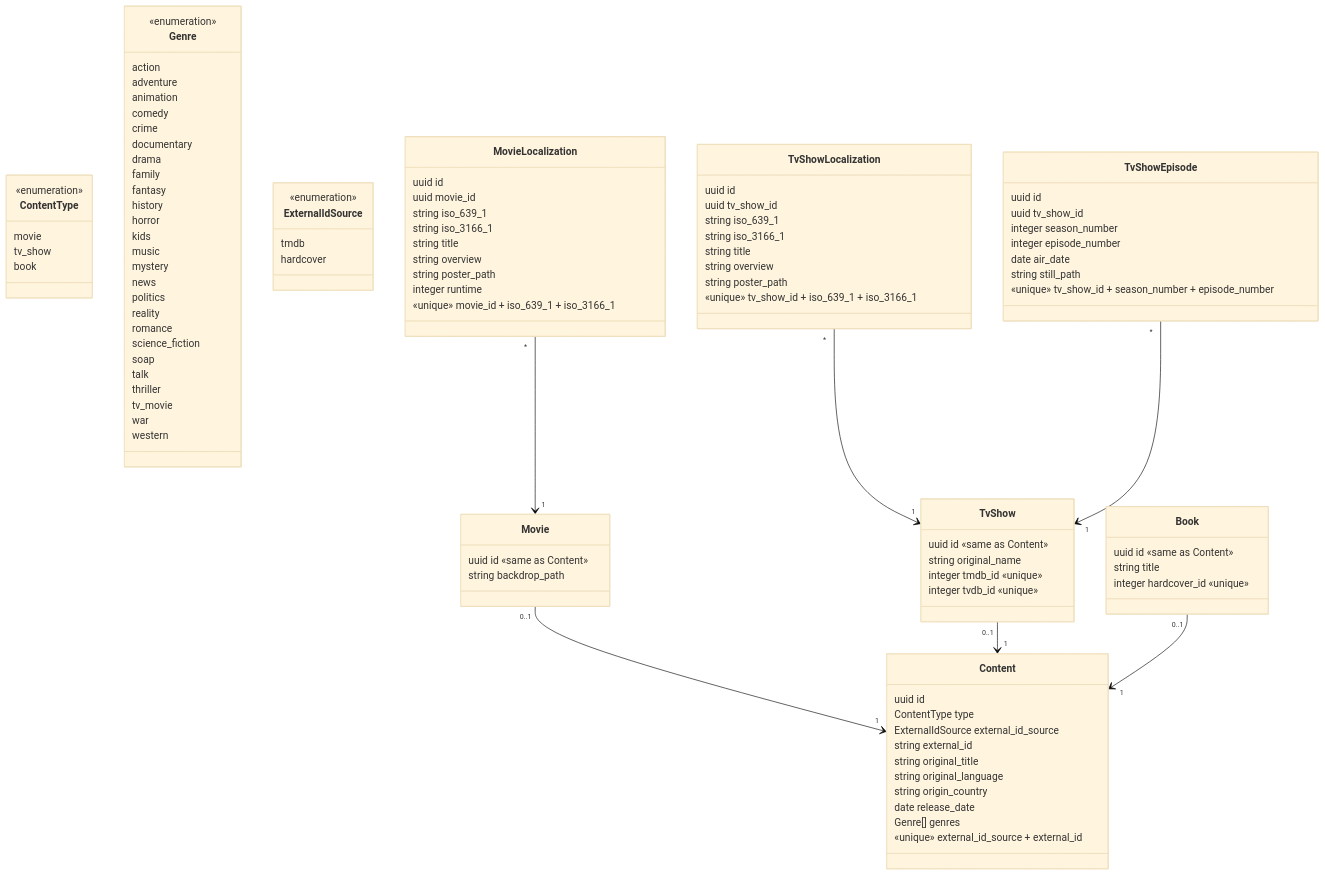
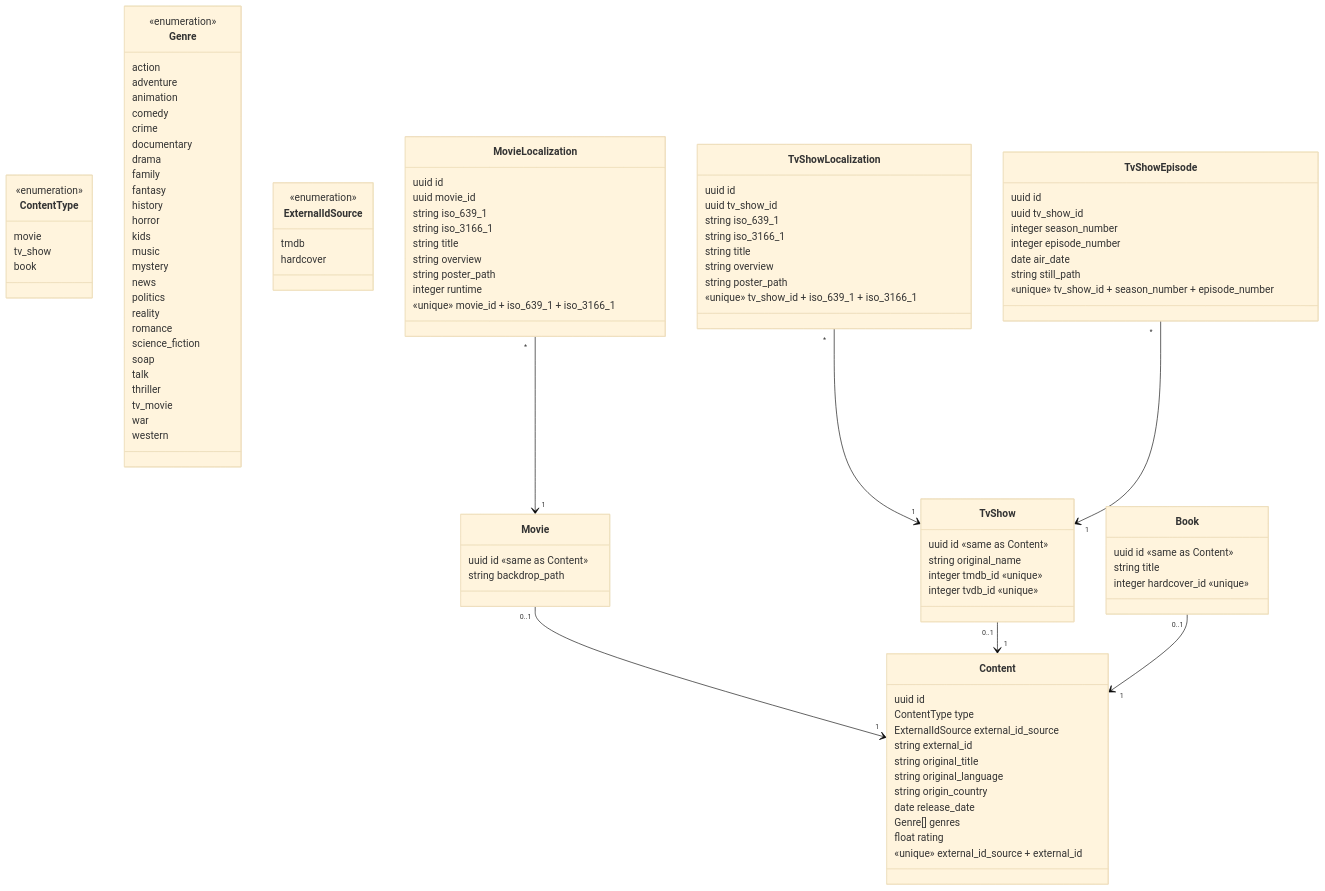
Before and after one commit to nat-e/watch_club: the third of 11 diagrams in docs/data-model.md, drawn with Mermaid (base theme). The commit also changed 11 other files, not shown here.

```diff
--- a/docs/data-model.md
+++ b/docs/data-model.md
@@ -65,6 +65,7 @@
     string origin_country
     date release_date
     Genre[] genres
+    float rating
     «unique» external_id_source + external_id
   }
   class ContentType {
```
